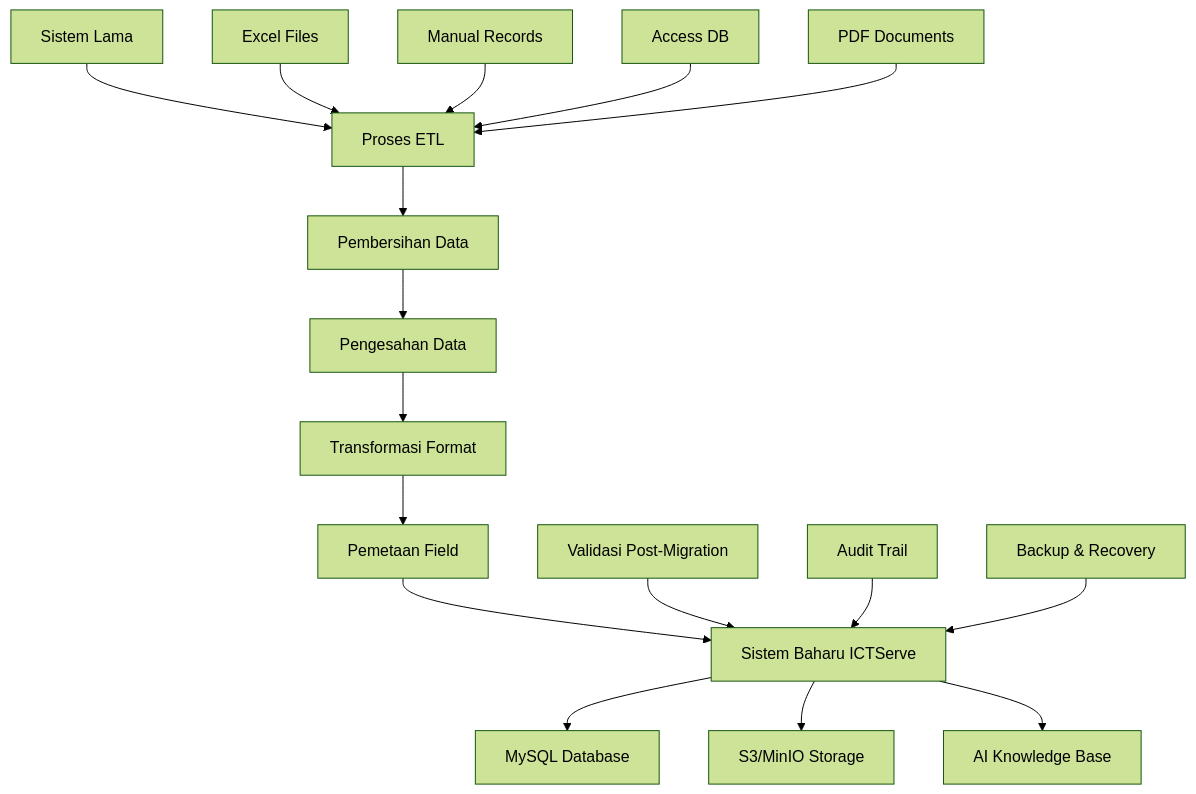
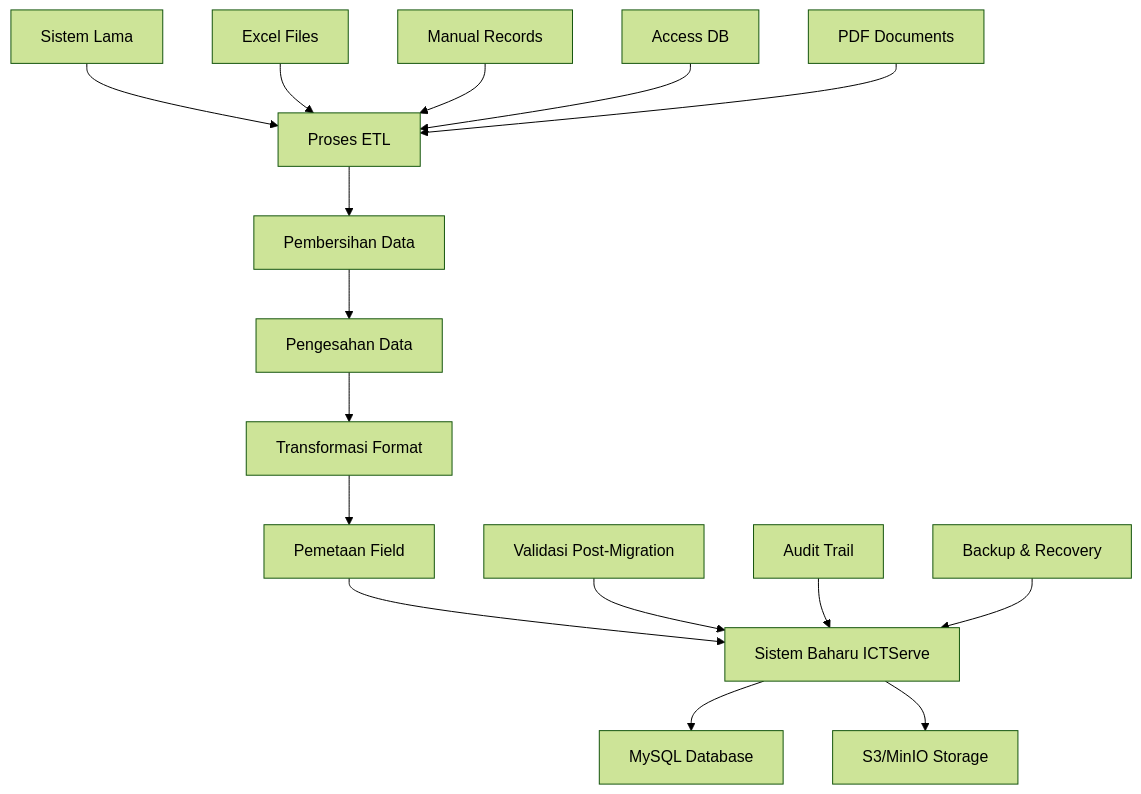
One commit to IzzatFirdaus/ictserve-031125 changed the first of 3 diagrams in docs/KRISA/D05_KRISA_ICTSERVE_PELAN_MIGRASI_DATA.md. Above: the diagram before and after it, drawn with Mermaid (forest theme). The commit also changed other lines of this file and 3 other files, not shown here.

````diff
--- a/docs/KRISA/D05_KRISA_ICTSERVE_PELAN_MIGRASI_DATA.md
+++ b/docs/KRISA/D05_KRISA_ICTSERVE_PELAN_MIGRASI_DATA.md
@@ -233,22 +203,22 @@
 ```mermaid
 graph TD
     A[Sistem Lama] --> B[Proses ETL]
     B --> C[Pembersihan Data]
     C --> D[Pengesahan Data]
     D --> E[Transformasi Format]
     E --> F[Pemetaan Field]
     F --> G[Sistem Baharu ICTServe]
     
     B1[Excel Files] --> B
     B2[Manual Records] --> B
     B3[Access DB] --> B
     B4[PDF Documents] --> B
     
     G --> G1[MySQL Database]
     G --> G2[S3/MinIO Storage]
-    G --> G3[AI Knowledge Base]
+    
     
     H[Validasi Post-Migration] --> G
     I[Audit Trail] --> G
     J[Backup & Recovery] --> G
 ```
````
